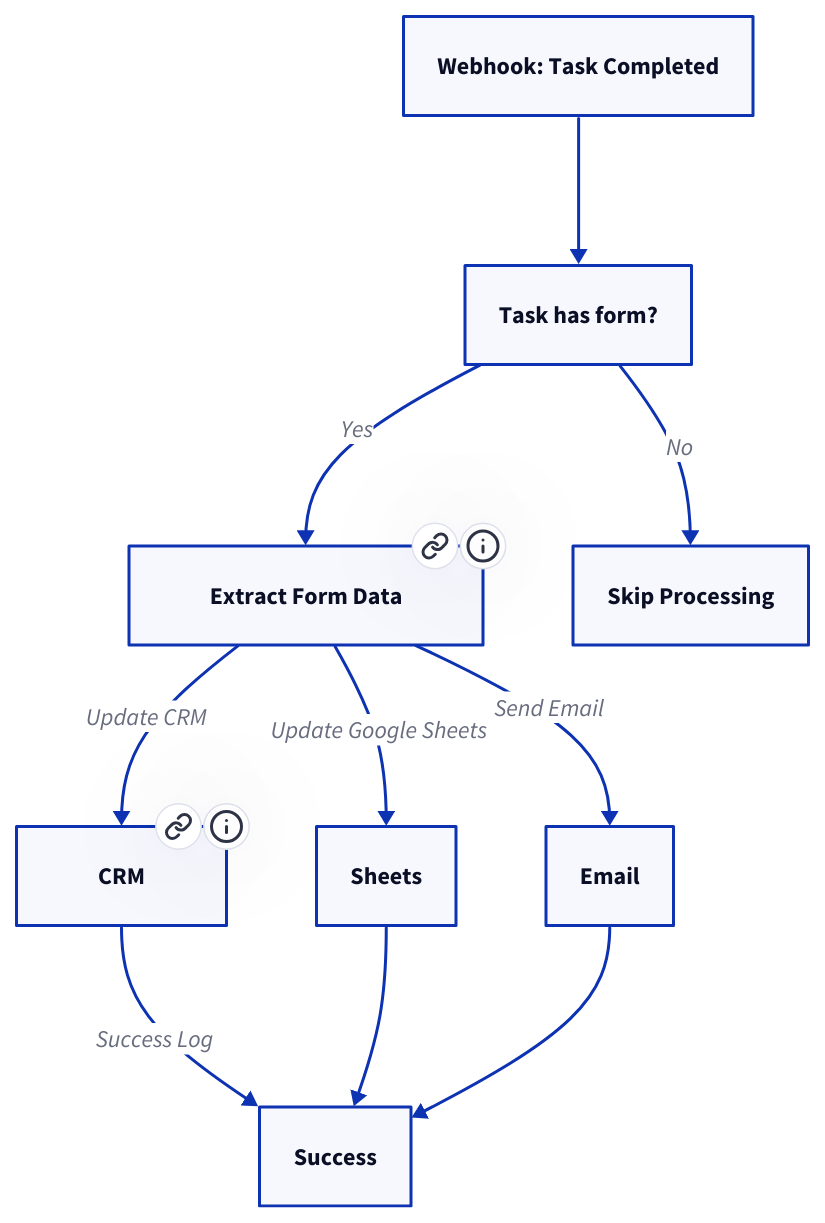
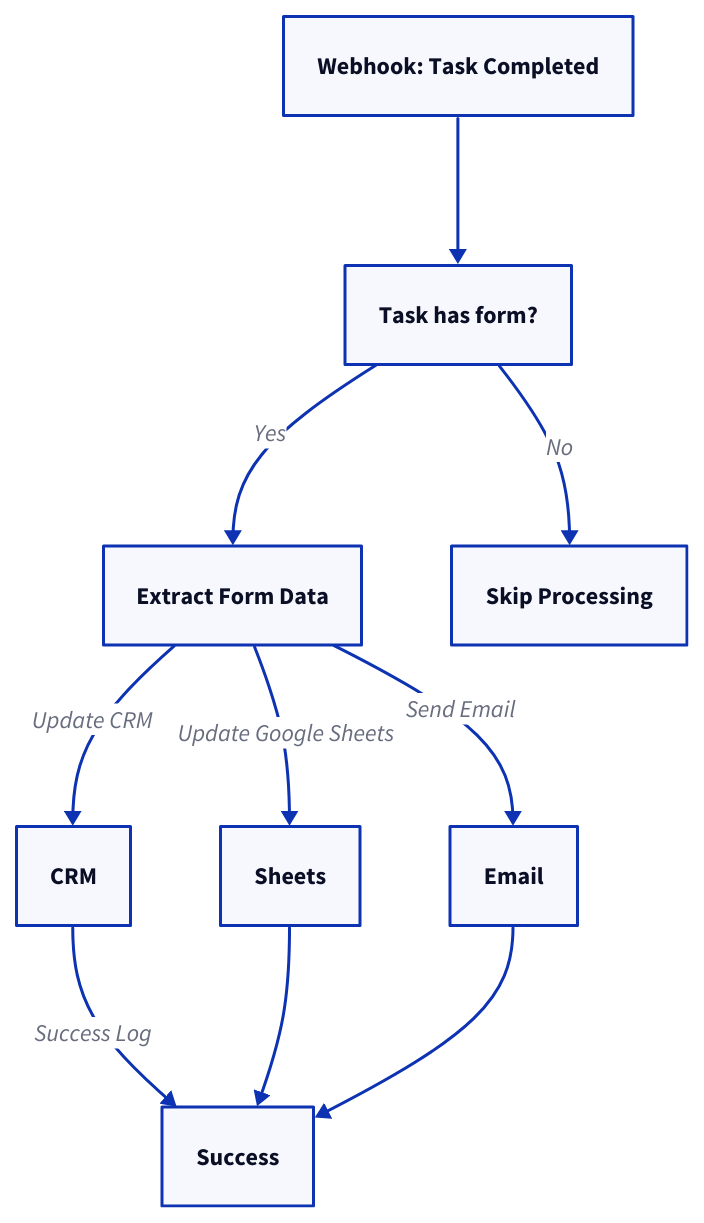
One commit to tallyfy/documentation changed the diagram in src/content/docs/pro/integrations/middleware/n8n/common-n8n-workflow-examples.mdx. Above: the diagram before and after it, drawn with D2. The commit also changed 35 other files, not shown here.

First line of the commit message:
Remove .link and .tooltip properties from D2 diagrams

````diff
--- a/src/content/docs/pro/integrations/middleware/n8n/common-n8n-workflow-examples.mdx
+++ b/src/content/docs/pro/integrations/middleware/n8n/common-n8n-workflow-examples.mdx
@@ -83,24 +83,20 @@
 ```d2
 CRM: "CRM"
 Email: "Email"
 Extract: "Extract"
 Sheets: "Sheets"
 Success: "Success"
 Start: "Webhook: Task Completed"
 Check: "Task has form?"
 Start -> Check
 Check -> Extract: "Yes"
 Extract: "Extract Form Data"
 Check -> Skip: "No"
 Skip: "Skip Processing"
 Extract -> CRM: "Update CRM"
 Extract -> Sheets: "Update Google Sheets"
 Extract -> Email: "Send Email"
 CRM -> Success: "Success Log"
 Sheets -> Success
 Email -> Success
-Extract.link: "/products/pro/tracking-and-tasks/tasks/what-are-form-fields-in-tallyfy/"
-Extract.tooltip: "Learn about form fields"
-CRM.link: "/products/pro/integrations/index/"
-CRM.tooltip: "Integration options"
 ```
````
